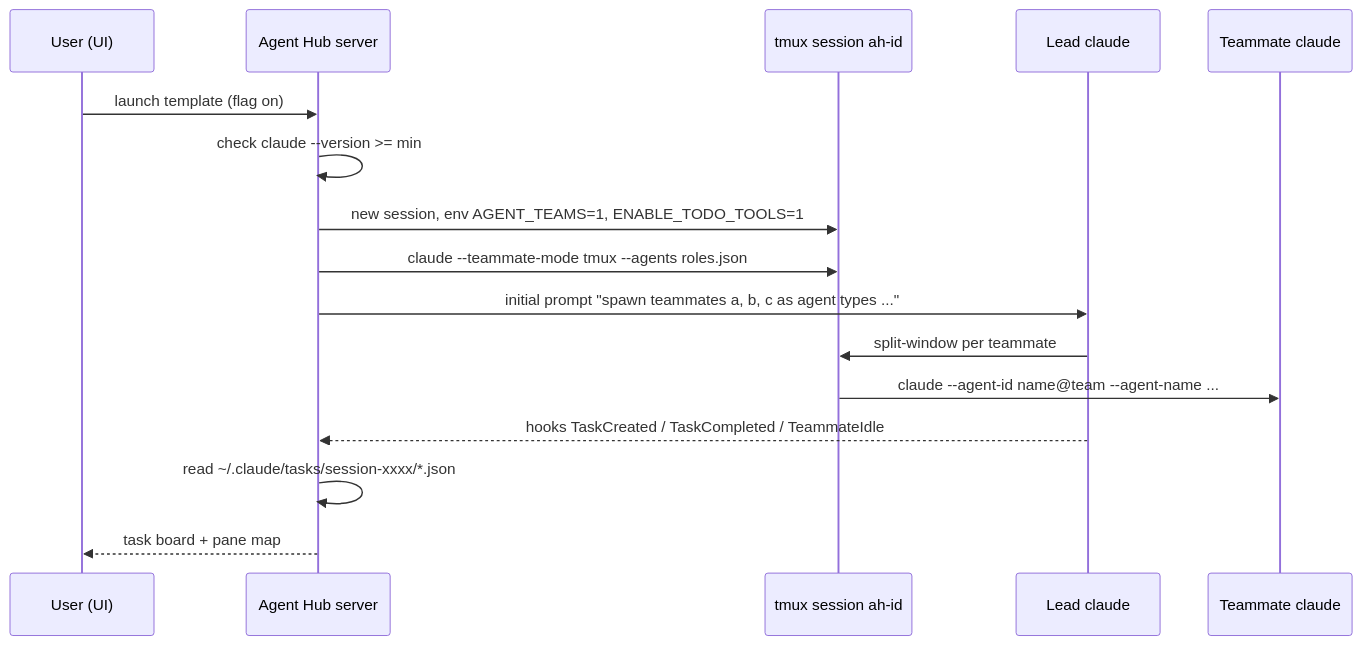
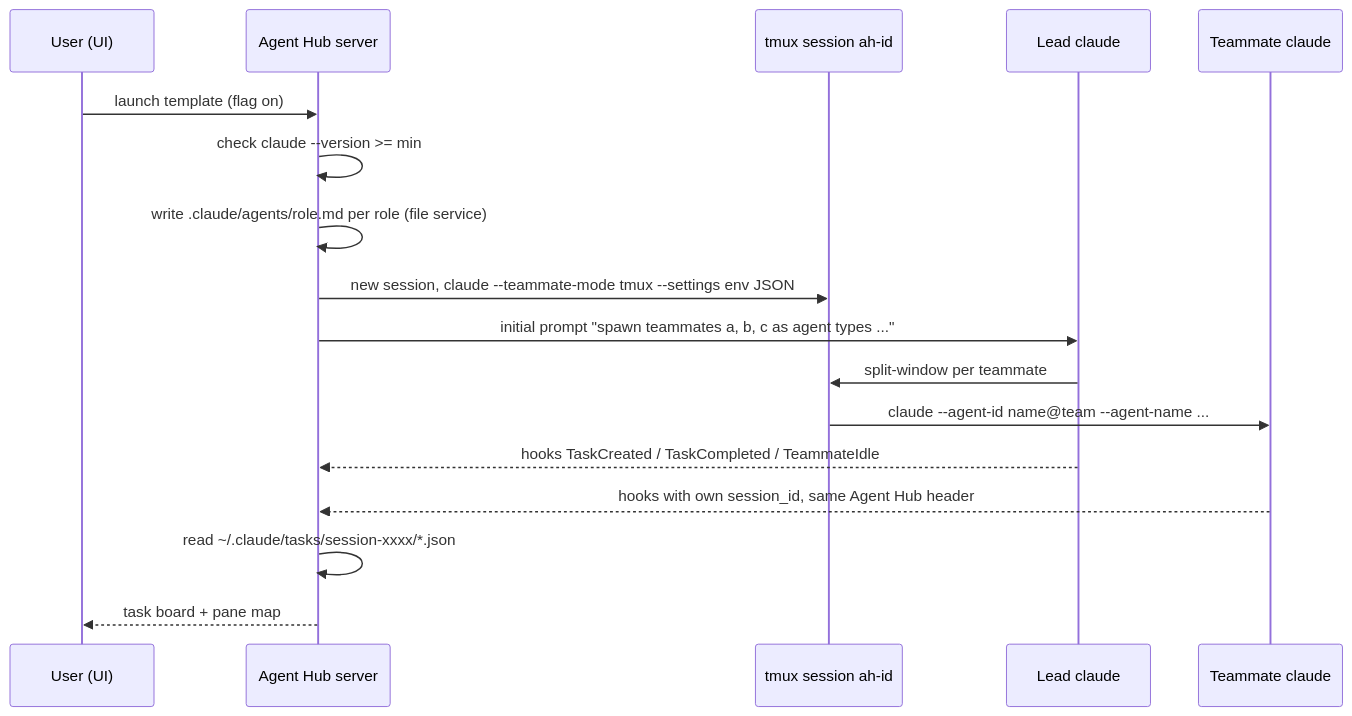
The diagram in docs/adr/0010-agent-teams.md (Dev-Sebi/Paneful-Manager), drawn with Mermaid before and after one commit. The commit also changed other lines of this file and 1 other file, not shown here.

````diff
--- a/docs/adr/0010-agent-teams.md
+++ b/docs/adr/0010-agent-teams.md
@@ -51,18 +53,19 @@
 ```mermaid
 sequenceDiagram
     participant U as User (UI)
     participant S as Agent Hub server
     participant T as tmux session ah-id
     participant L as Lead claude
     participant M as Teammate claude
     U->>S: launch template (flag on)
     S->>S: check claude --version >= min
-    S->>T: new session, env AGENT_TEAMS=1, ENABLE_TODO_TOOLS=1
-    S->>T: claude --teammate-mode tmux --agents roles.json
+    S->>S: write .claude/agents/role.md per role (file service)
+    S->>T: new session, claude --teammate-mode tmux --settings env JSON
     S->>L: initial prompt "spawn teammates a, b, c as agent types ..."
     L->>T: split-window per teammate
     T->>M: claude --agent-id name@team --agent-name ...
     L-->>S: hooks TaskCreated / TaskCompleted / TeammateIdle
+    M-->>S: hooks with own session_id, same Agent Hub header
     S->>S: read ~/.claude/tasks/session-xxxx/*.json
     S-->>U: task board + pane map
 ```
````
